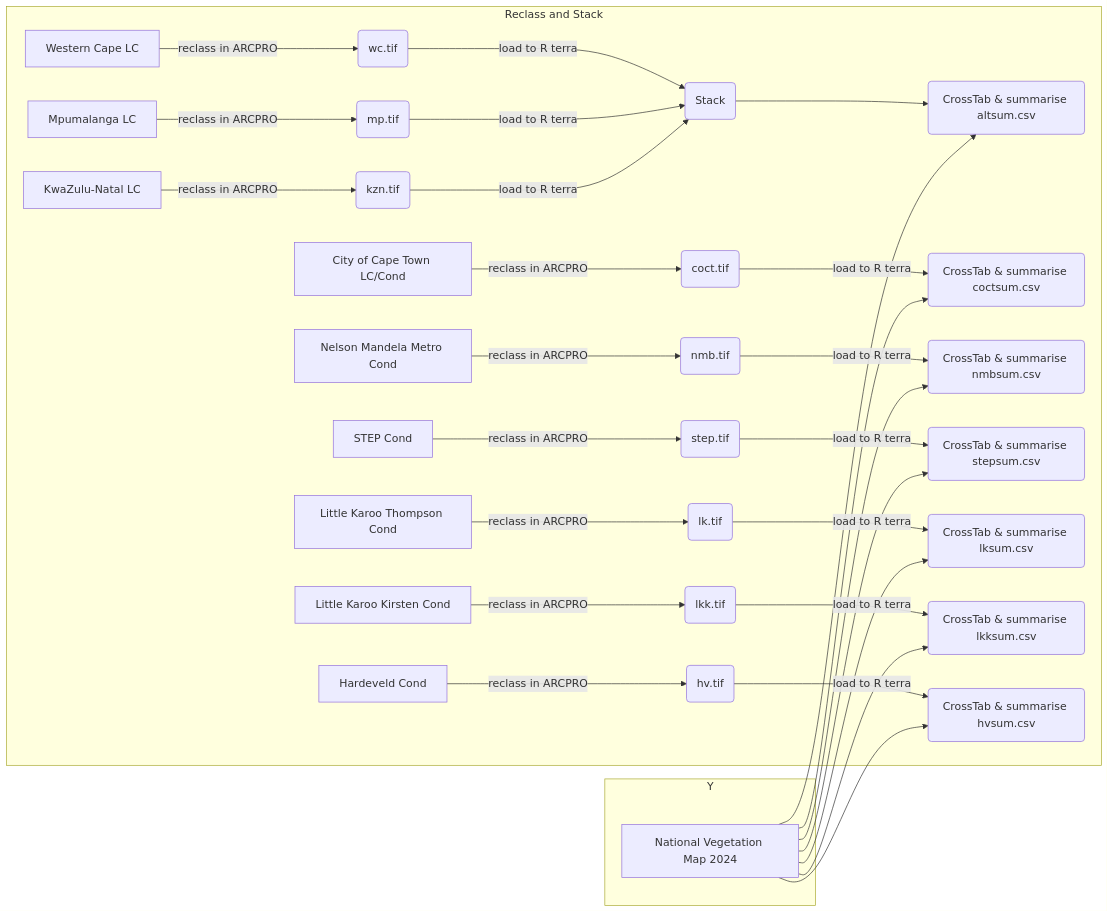
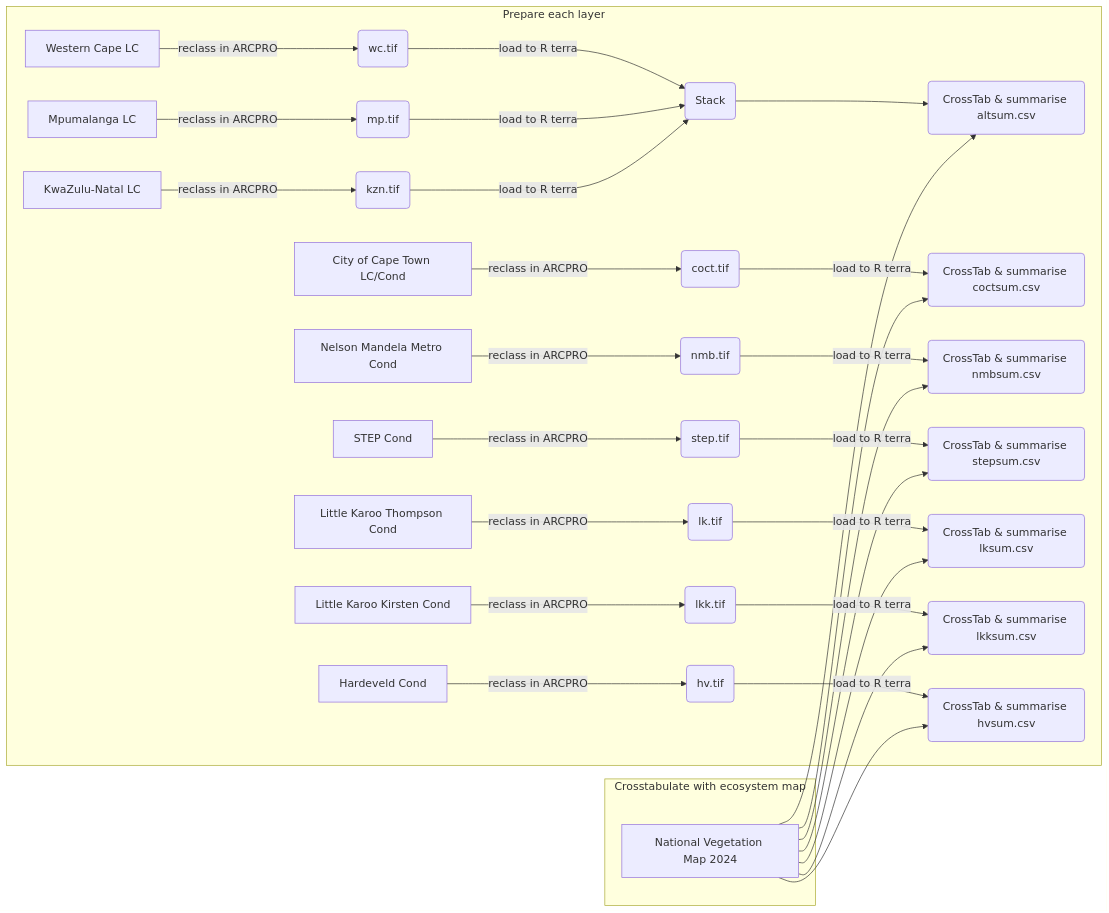
The second of 2 diagrams in README.md (askowno/LLC_terr), drawn with Mermaid before and after one commit. The commit also changed other lines of this file and 1 other file, not shown here.

Commit message:
testing branching

````diff
--- a/README.md
+++ b/README.md
@@ -40,20 +40,20 @@
 ``` mermaid
 flowchart LR
 
-subgraph A1[Reclass and Stack]
+subgraph A1[Prepare each layer]
     A[Western Cape LC] -- reclass in ARCPRO --> B(wc.tif) -- load to R terra --> K(Stack);
     C[Mpumalanga LC] -- reclass in ARCPRO --> D(mp.tif) -- load to R terra --> K;
     E[KwaZulu-Natal LC] -- reclass in ARCPRO --> F(kzn.tif) -- load to R terra --> K --> L(CrossTab & summarise altsum.csv);
     G[City of Cape Town LC/Cond] -- reclass in ARCPRO --> H(coct.tif) -- load to R terra --> N(CrossTab & summarise coctsum.csv);
     I[Nelson Mandela Metro Cond] -- reclass in ARCPRO --> J(nmb.tif) -- load to R terra --> O(CrossTab & summarise nmbsum.csv);
     P[STEP Cond] -- reclass in ARCPRO --> R_step(step.tif) -- load to R terra --> Q(CrossTab & summarise stepsum.csv);
     P1[Little Karoo Thompson Cond] -- reclass in ARCPRO --> R1_lk(lk.tif) -- load to R terra --> Q1(CrossTab & summarise lksum.csv);
     P2[Little Karoo Kirsten Cond] -- reclass in ARCPRO --> R2_lkk(lkk.tif) -- load to R terra --> Q2(CrossTab & summarise lkksum.csv);
     P3[Hardeveld Cond] -- reclass in ARCPRO --> R3_hv(hv.tif) -- load to R terra --> Q3(CrossTab & summarise hvsum.csv);
 end
 
 
-subgraph Y
+subgraph Y[Crosstabulate with ecosystem map]
         M[National Vegetation Map 2024] --> L & N & O & Q & Q1 & Q2 & Q3;
 end
 ```
````
